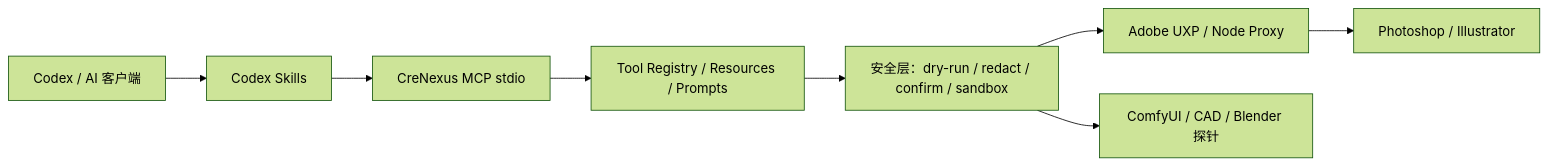
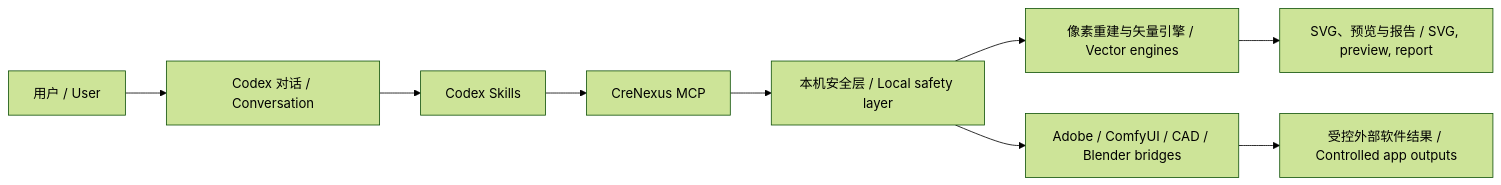
One commit to jianbaorui07-dot/CreNexus changed the diagram in README.md. Above: the diagram before and after it, drawn with Mermaid (forest theme). The commit also changed other lines of this file, not shown here.

````diff
--- a/README.md
+++ b/README.md
@@ -284,10 +91,11 @@
 ```mermaid
 flowchart LR
-  A["Codex / AI 客户端"] --> B["Codex Skills"]
-  B --> C["CreNexus MCP stdio"]
-  C --> D["Tool Registry / Resources / Prompts"]
-  D --> E["安全层：dry-run / redact / confirm / sandbox"]
-  E --> F["Adobe UXP / Node Proxy"]
-  E --> G["ComfyUI / CAD / Blender 探针"]
-  F --> H["Photoshop / Illustrator"]
+  A["用户 / User"] --> B["Codex 对话 / Conversation"]
+  B --> C["Codex Skills"]
+  C --> D["CreNexus MCP"]
+  D --> E["本机安全层 / Local safety layer"]
+  E --> F["像素重建与矢量引擎 / Vector engines"]
+  E --> G["Adobe / ComfyUI / CAD / Blender bridges"]
+  F --> H["SVG、预览与报告 / SVG, preview, report"]
+  G --> I["受控外部软件结果 / Controlled app outputs"]
 ```
````
